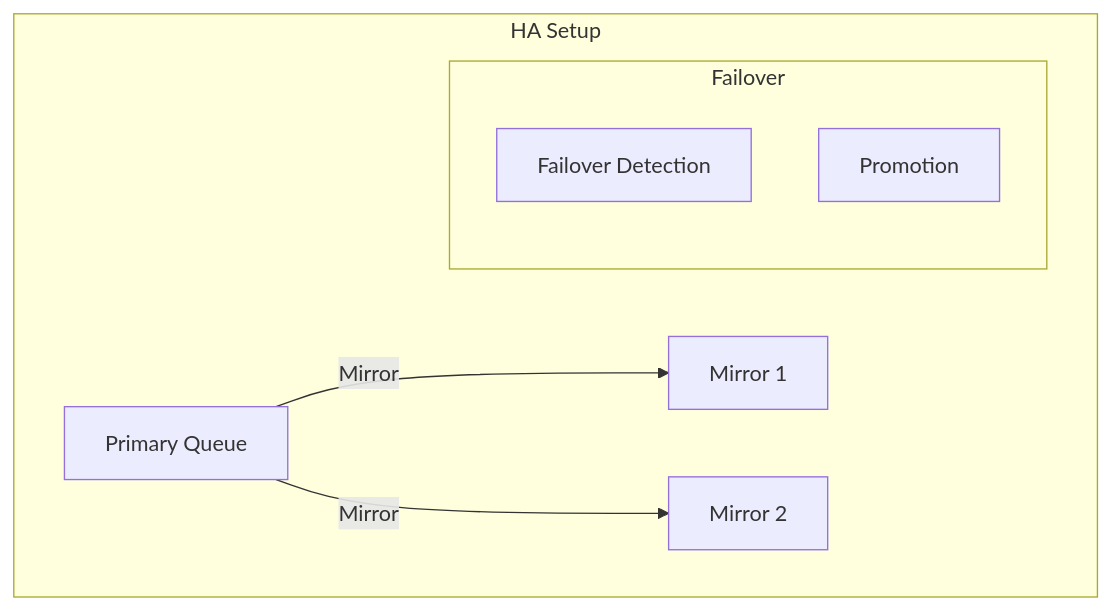
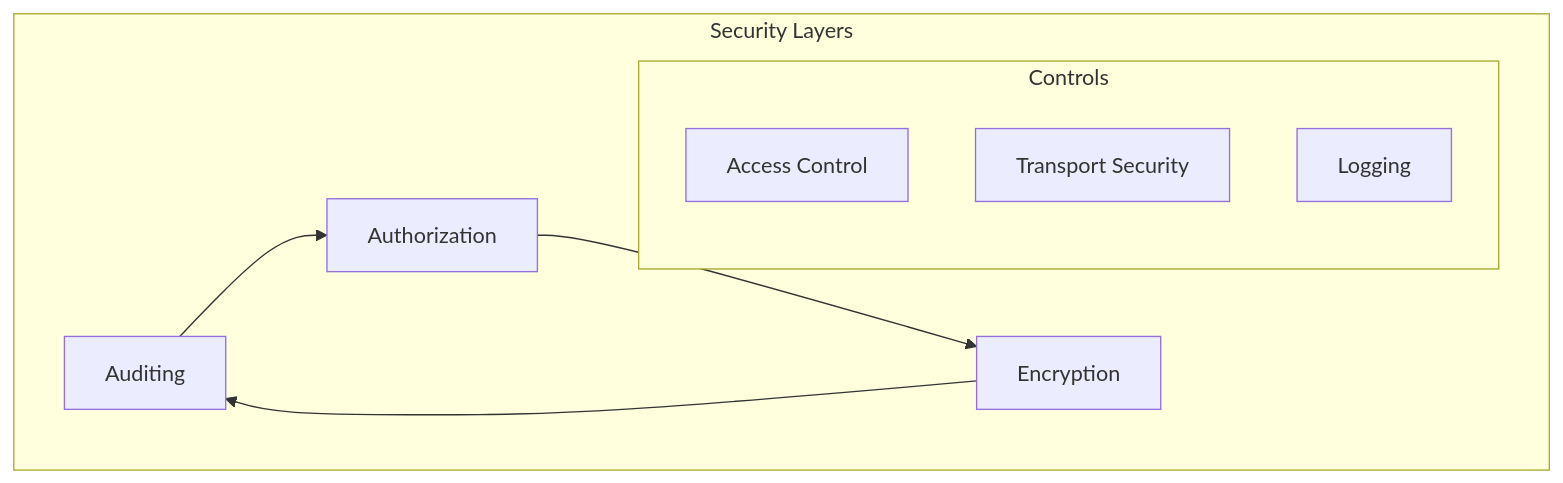
Before and after one commit to saravanakumarrc/Architecture_Journey: the seventh of 7 diagrams in src/Message_Broker_Architectures.md, drawn with Mermaid. The commit also changed other lines of this file, not shown here.

Commit message:
Refactor Message Broker Architectures documentation for clarity and structure; enhance message properties, reliability patterns, performance optimization, and security frameworks.

````diff
--- a/src/Message_Broker_Architectures.md
+++ b/src/Message_Broker_Architectures.md
@@ -351,12 +236,14 @@
 ```mermaid
 graph TB
-    subgraph "HA Setup"
-        Q1[Primary Queue] --> |Mirror| Q2[Mirror 1]
-        Q1 --> |Mirror| Q3[Mirror 2]
+    subgraph "Security Layers"
+        A[Authentication] --> Z[Authorization]
+        Z --> E[Encryption]
+        E --> A[Auditing]
         
-        subgraph "Failover"
-            F[Failover Detection]
-            P[Promotion]
+        subgraph "Controls"
+            AC[Access Control]
+            TLS[Transport Security]
+            LOG[Logging]
         end
     end
 ```
````
